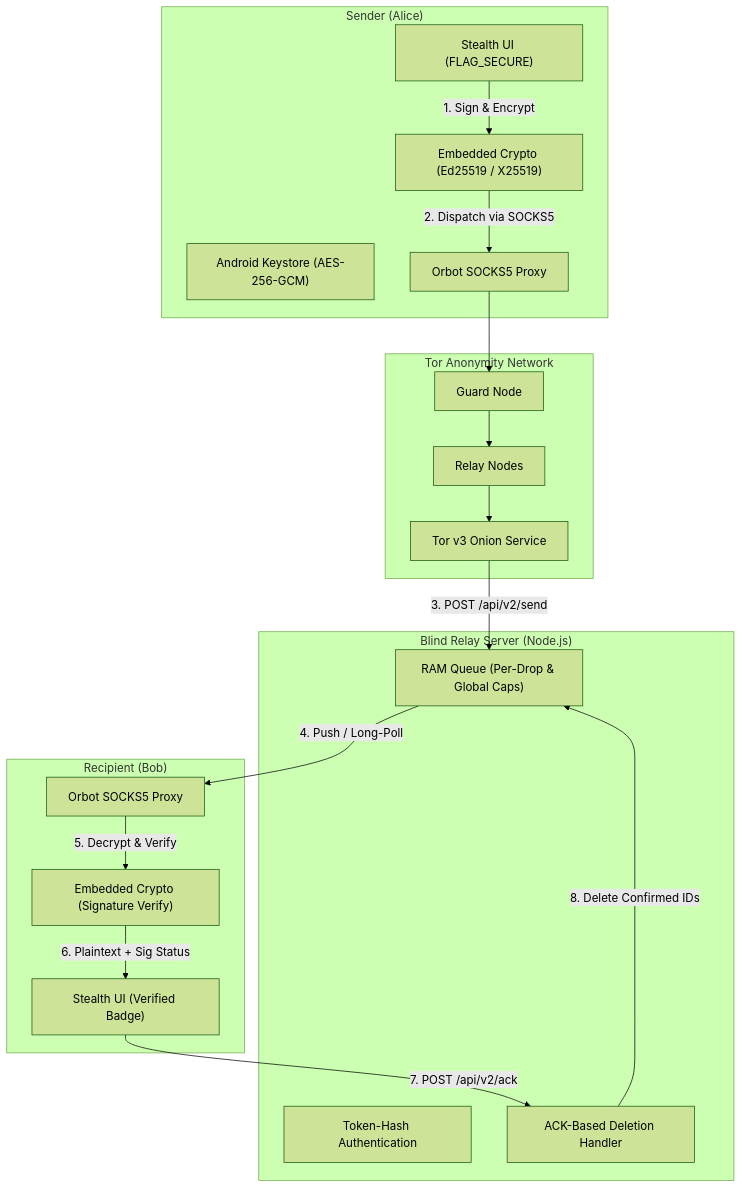
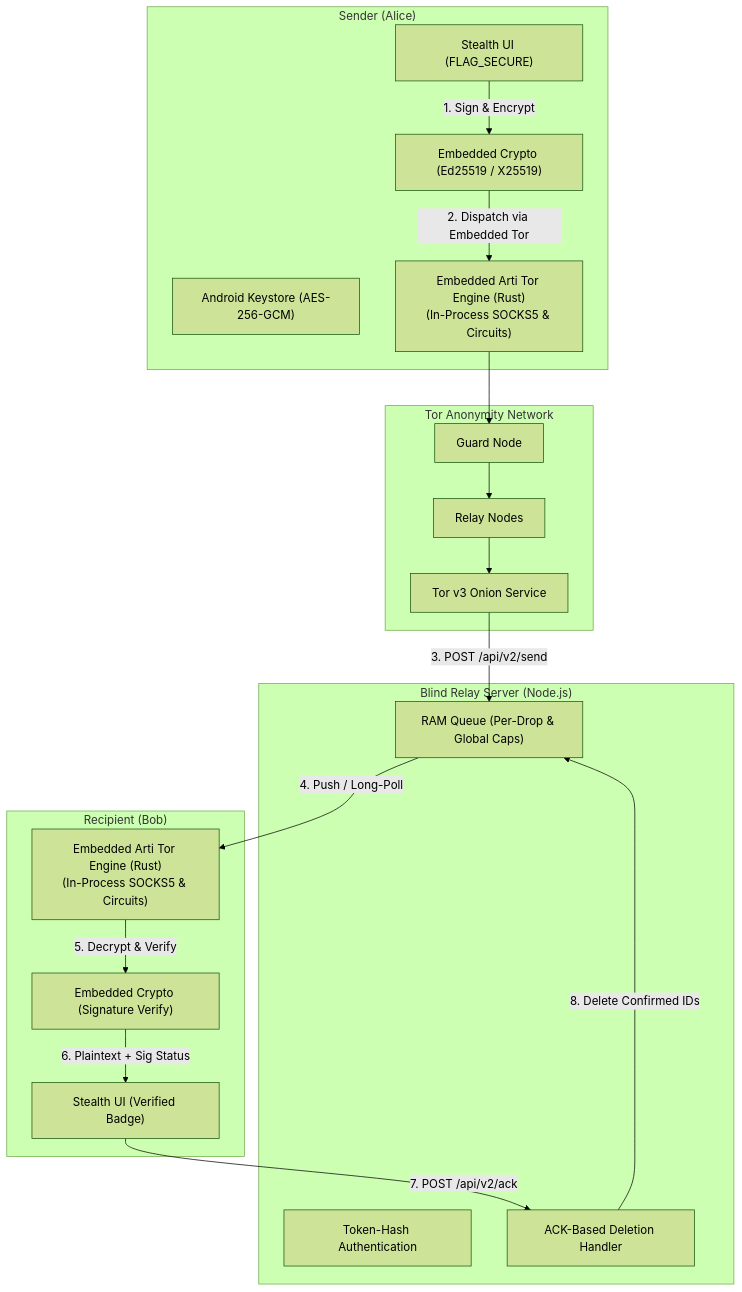
One commit to ahmed-elbasyony123/Anti-jail changed the first of 2 diagrams in README.md. Above: the diagram before and after it, drawn with Mermaid (forest theme). The commit also changed other lines of this file and 6 other files, not shown here.

````diff
--- a/README.md
+++ b/README.md
@@ -18,37 +18,37 @@
 ```mermaid
 flowchart TD
     subgraph ClientA["Sender (Alice)"]
         UI_A["Stealth UI (FLAG_SECURE)"]
         CRYPTO_A["Embedded Crypto (Ed25519 / X25519)"]
         STORE_A["Android Keystore (AES-256-GCM)"]
-        NET_A["Orbot SOCKS5 Proxy"]
+        NET_A["Embedded Arti Tor Engine (Rust)\n(In-Process SOCKS5 & Circuits)"]
     end
 
     subgraph TorNet["Tor Anonymity Network"]
         GUARD["Guard Node"]
         RELAY["Relay Nodes"]
         ONION["Tor v3 Onion Service"]
     end
 
     subgraph BlindServer["Blind Relay Server (Node.js)"]
         MEM["RAM Queue (Per-Drop & Global Caps)"]
         AUTH["Token-Hash Authentication"]
         ACK["ACK-Based Deletion Handler"]
     end
 
     subgraph ClientB["Recipient (Bob)"]
-        NET_B["Orbot SOCKS5 Proxy"]
+        NET_B["Embedded Arti Tor Engine (Rust)\n(In-Process SOCKS5 & Circuits)"]
         CRYPTO_B["Embedded Crypto (Signature Verify)"]
         UI_B["Stealth UI (Verified Badge)"]
     end
 
     UI_A -->|1. Sign & Encrypt| CRYPTO_A
-    CRYPTO_A -->|2. Dispatch via SOCKS5| NET_A
+    CRYPTO_A -->|2. Dispatch via Embedded Tor| NET_A
     NET_A --> GUARD --> RELAY --> ONION
     ONION -->|3. POST /api/v2/send| MEM
     MEM -->|4. Push / Long-Poll| NET_B
     NET_B -->|5. Decrypt & Verify| CRYPTO_B
     CRYPTO_B -->|6. Plaintext + Sig Status| UI_B
     UI_B -->|7. POST /api/v2/ack| ACK
     ACK -->|8. Delete Confirmed IDs| MEM
 ```
````
